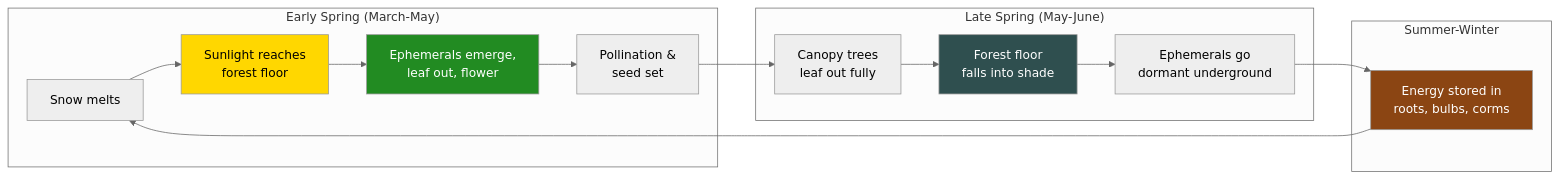
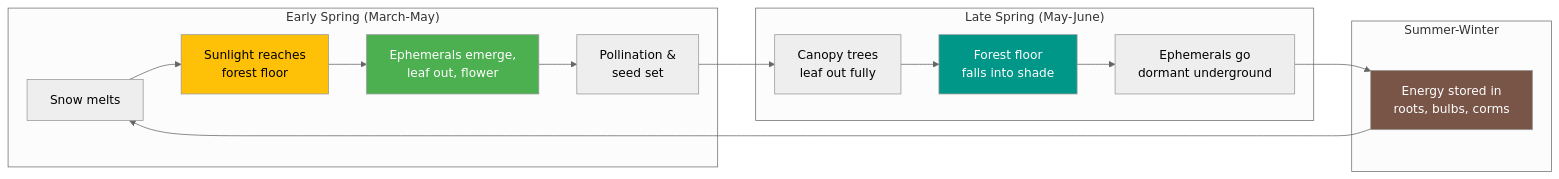
The second of 2 diagrams in docs/chapters/04-woodland-forest-plants/index.md (arunbatchu/minnesota-native-plants), drawn with Mermaid (neutral theme) before and after one commit. The commit also changed other lines of this file and 10 other files, not shown here.

First line of the commit message:
Fix Mermaid diagram colors for accessibility — high contrast palette

````diff
--- a/docs/chapters/04-woodland-forest-plants/index.md
+++ b/docs/chapters/04-woodland-forest-plants/index.md
@@ -155,22 +155,22 @@
 ```mermaid
 flowchart LR
     subgraph spring["Early Spring (March-May)"]
         S1["Snow melts"] --> S2["Sunlight reaches<br/>forest floor"]
         S2 --> S3["Ephemerals emerge,<br/>leaf out, flower"]
         S3 --> S4["Pollination &<br/>seed set"]
     end
     subgraph late["Late Spring (May-June)"]
         S4 --> S5["Canopy trees<br/>leaf out fully"]
         S5 --> S6["Forest floor<br/>falls into shade"]
         S6 --> S7["Ephemerals go<br/>dormant underground"]
     end
     subgraph rest["Summer-Winter"]
         S7 --> S8["Energy stored in<br/>roots, bulbs, corms"]
         S8 --> S1
     end
 
-    style S2 fill:#FFD700,color:#000
-    style S3 fill:#228B22,color:#fff
-    style S6 fill:#2F4F4F,color:#fff
-    style S8 fill:#8B4513,color:#fff
+    style S2 fill:#FFC107,color:#000
+    style S3 fill:#4CAF50,color:#fff
+    style S6 fill:#009688,color:#fff
+    style S8 fill:#795548,color:#fff
 ```
````
